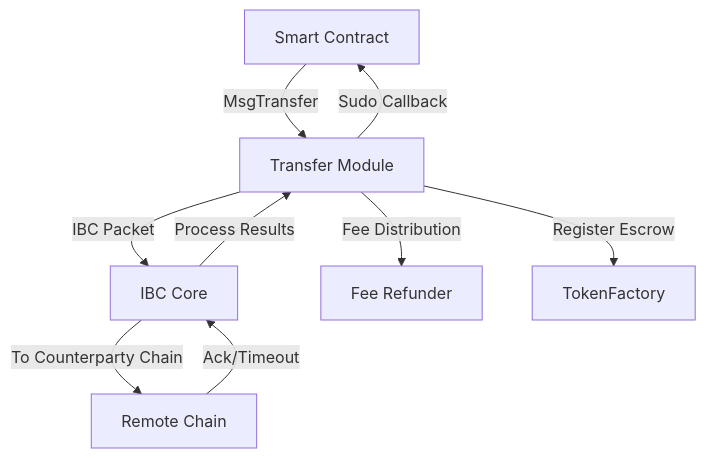
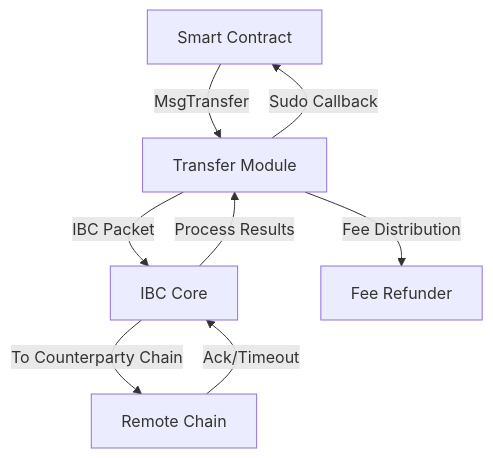
The diagram in developers/modules/transfer/overview.mdx (neutron-org/neutron-docs), drawn with Mermaid before and after one commit. The commit also changed other lines of this file and 2 other files, not shown here.

````diff
--- a/developers/modules/transfer/overview.mdx
+++ b/developers/modules/transfer/overview.mdx
@@ -36,11 +35,10 @@
 ```mermaid
 graph TD
     A[Smart Contract] -->|MsgTransfer| B[Transfer Module]
     B -->|IBC Packet| C[IBC Core]
     C -->|To Counterparty Chain| D[Remote Chain]
     D -->|Ack/Timeout| C
     C -->|Process Results| B
     B -->|Sudo Callback| A
     B -->|Fee Distribution| E[Fee Refunder]
-    B -->|Register Escrow| F[TokenFactory]
 ```
````
